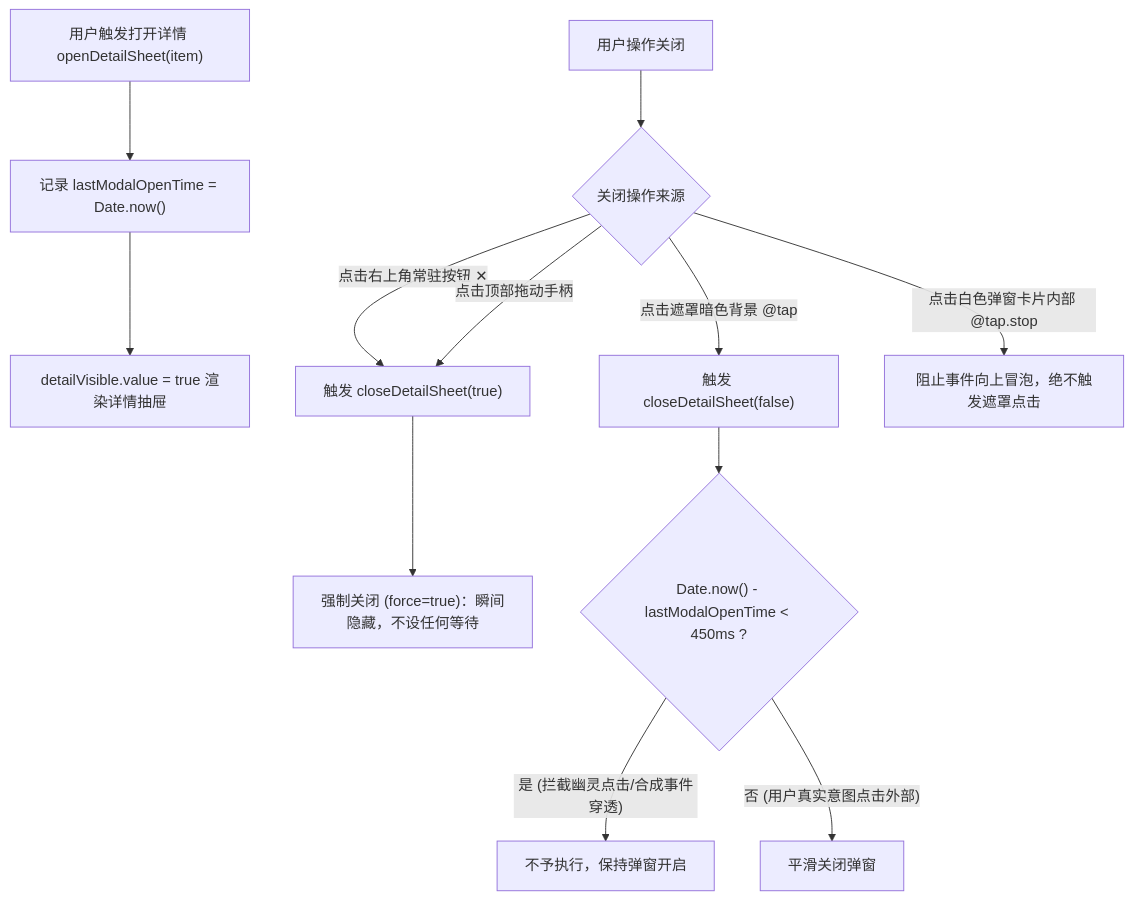
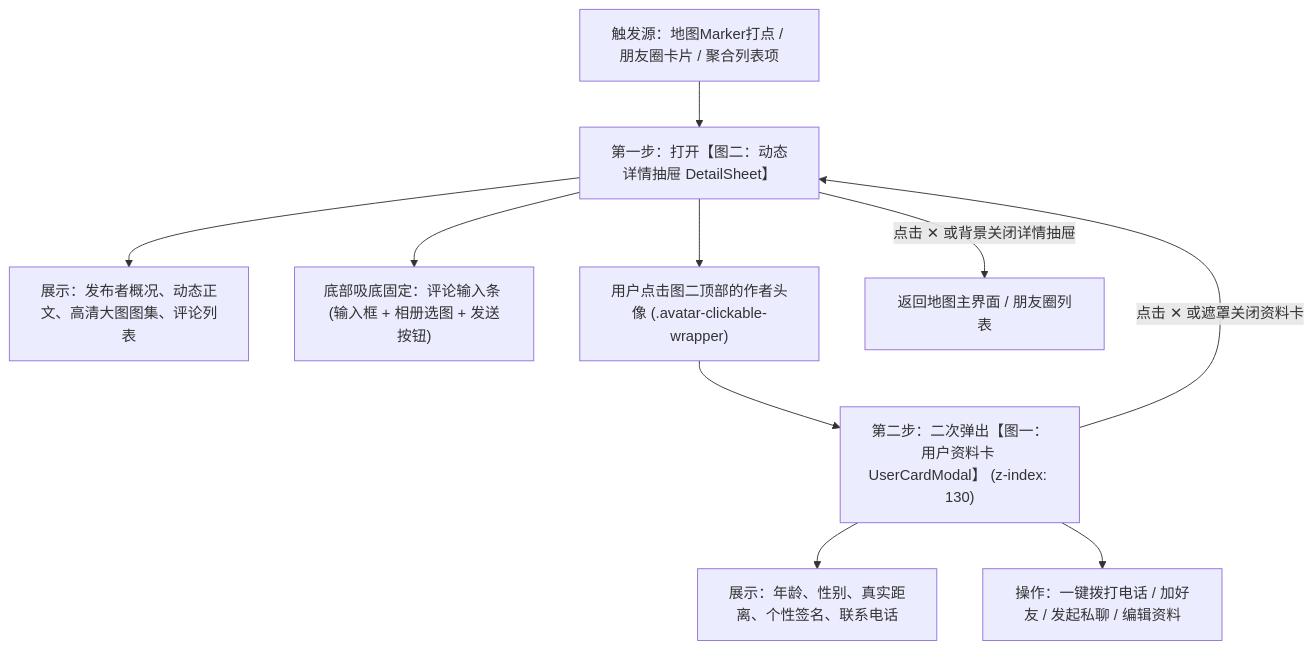
One commit to chase-xue/map-social-500m changed the fourth of 5 diagrams in docs/PRODUCT_AND_INTERACTION_SPEC.md. Above: the diagram before and after it, drawn with Mermaid. The commit also changed other lines of this file and 5 other files, not shown here.

Commit message:
fix(interaction): 点击状态先打开详情抽屉(图二)，在详情内点击头像才弹出资料卡(图一)；修复底部评论栏截断与支持自我评论

````diff
--- a/docs/PRODUCT_AND_INTERACTION_SPEC.md
+++ b/docs/PRODUCT_AND_INTERACTION_SPEC.md
@@ -187,18 +189,14 @@
 ```mermaid
 flowchart TD
-    A["用户触发打开详情 openDetailSheet(item)"] --> B["记录 lastModalOpenTime = Date.now()"]
-    B --> C["detailVisible.value = true 渲染详情抽屉"]
+    A["触发源：地图Marker打点 / 朋友圈卡片 / 聚合列表项"] --> B["第一步：打开【图二：动态详情抽屉 DetailSheet】"]
+    B --> C["展示：发布者概况、动态正文、高清大图图集、评论列表"]
+    B --> D["底部吸底固定：评论输入条 (输入框 + 相册选图 + 发送按钮)"]
     
-    D["用户操作关闭"] --> E{"关闭操作来源"}
+    B --> E["用户点击图二顶部的作者头像 (.avatar-clickable-wrapper)"]
+    E --> F["第二步：二次弹出【图一：用户资料卡 UserCardModal】 (z-index: 130)"]
+    F --> G["展示：年龄、性别、真实距离、个性签名、联系电话"]
+    F --> H["操作：一键拨打电话 / 加好友 / 发起私聊 / 编辑资料"]
     
-    E -- "点击右上角常驻按钮 ✕" --> F["触发 closeDetailSheet(true)"]
-    E -- "点击顶部拖动手柄" --> F
-    F --> G["强制关闭 (force=true)：瞬间隐藏，不设任何等待"]
-    
-    E -- "点击遮罩暗色背景 @tap" --> H["触发 closeDetailSheet(false)"]
-    H --> I{"Date.now() - lastModalOpenTime < 450ms ?"}
-    I -- "是 (拦截幽灵点击/合成事件穿透)" --> J["不予执行，保持弹窗开启"]
-    I -- "否 (用户真实意图点击外部)" --> K["平滑关闭弹窗"]
-    
-    E -- "点击白色弹窗卡片内部 @tap.stop" --> L["阻止事件向上冒泡，绝不触发遮罩点击"]
+    F -- "点击 ✕ 或遮罩关闭资料卡" --> B
+    B -- "点击 ✕ 或背景关闭详情抽屉" --> I["返回地图主界面 / 朋友圈列表"]
 ```
````
